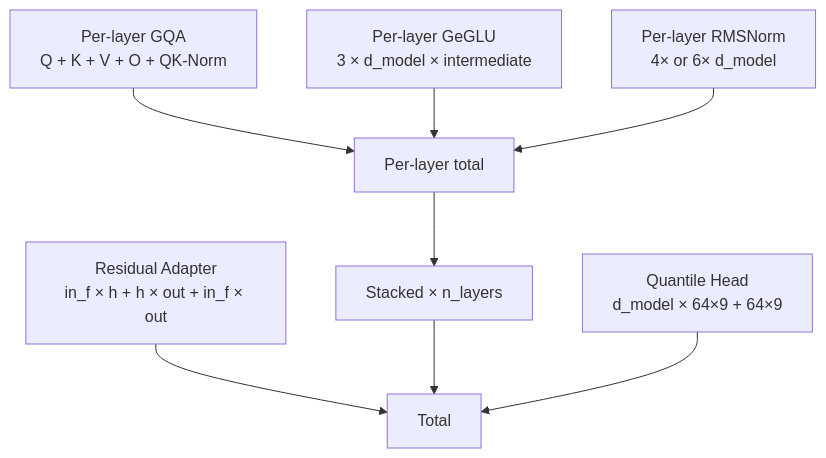
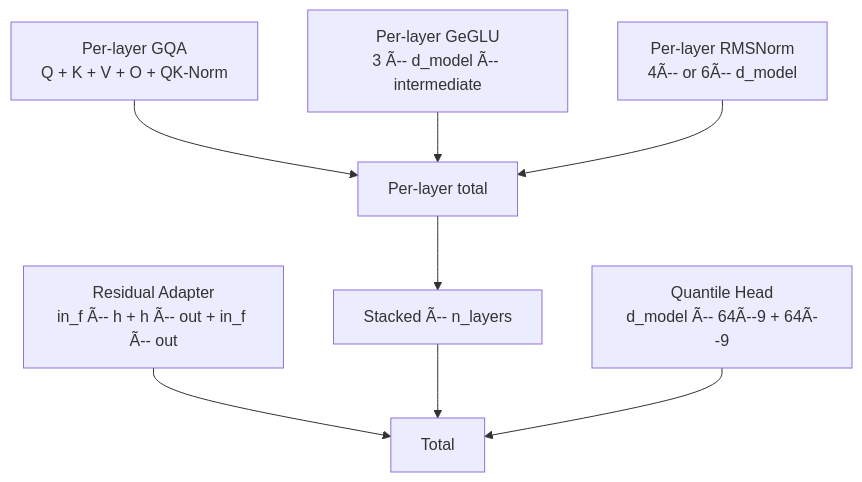
Before and after one commit to SNAPKITTYWEST/nano-gemini: the first of 3 diagrams in README.md, drawn with Mermaid. The commit also changed other lines of this file, not shown here.

````diff
--- a/README.md
+++ b/README.md
@@ -41,10 +41,10 @@
 ```mermaid
 flowchart TD
     A[Per-layer GQA<br/>Q + K + V + O + QK-Norm] --> P[Per-layer total]
-    B[Per-layer GeGLU<br/>3 × d_model × intermediate] --> P
-    C[Per-layer RMSNorm<br/>4× or 6× d_model] --> P
-    P --> S[Stacked × n_layers]
-    D[Residual Adapter<br/>in_f × h + h × out + in_f × out] --> T[Total]
+    B[Per-layer GeGLU<br/>3 Ã-- d_model Ã-- intermediate] --> P
+    C[Per-layer RMSNorm<br/>4Ã-- or 6Ã-- d_model] --> P
+    P --> S[Stacked Ã-- n_layers]
+    D[Residual Adapter<br/>in_f Ã-- h + h Ã-- out + in_f Ã-- out] --> T[Total]
     S --> T
-    E[Quantile Head<br/>d_model × 64×9 + 64×9] --> T
+    E[Quantile Head<br/>d_model Ã-- 64Ã--9 + 64Ã--9] --> T
 ```
````
